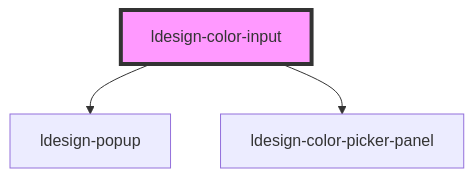
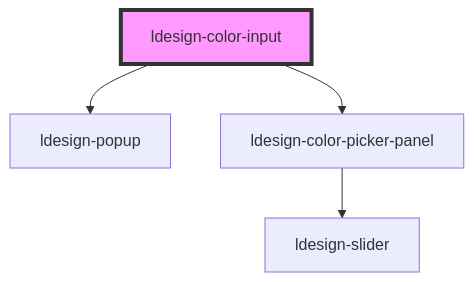
One commit to poly1603/ldesign changed the diagram in packages/webcomponent/src/components/color-input/readme.md. Above: the diagram before and after it, drawn with Mermaid. The commit also changed 36 other files, not shown here.

````diff
--- a/packages/webcomponent/src/components/color-input/readme.md
+++ b/packages/webcomponent/src/components/color-input/readme.md
@@ -56,6 +56,7 @@
 ```mermaid
 graph TD;
   ldesign-color-input --> ldesign-popup
   ldesign-color-input --> ldesign-color-picker-panel
+  ldesign-color-picker-panel --> ldesign-slider
   style ldesign-color-input fill:#f9f,stroke:#333,stroke-width:4px
 ```
````
